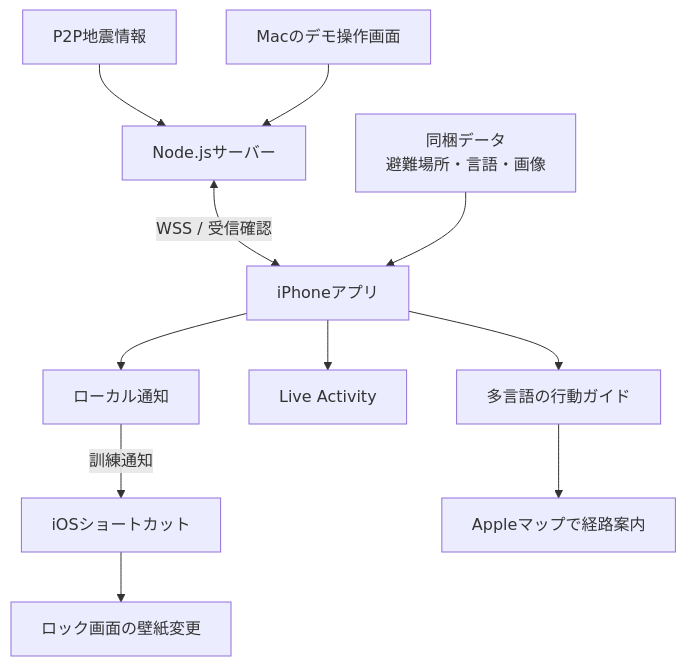
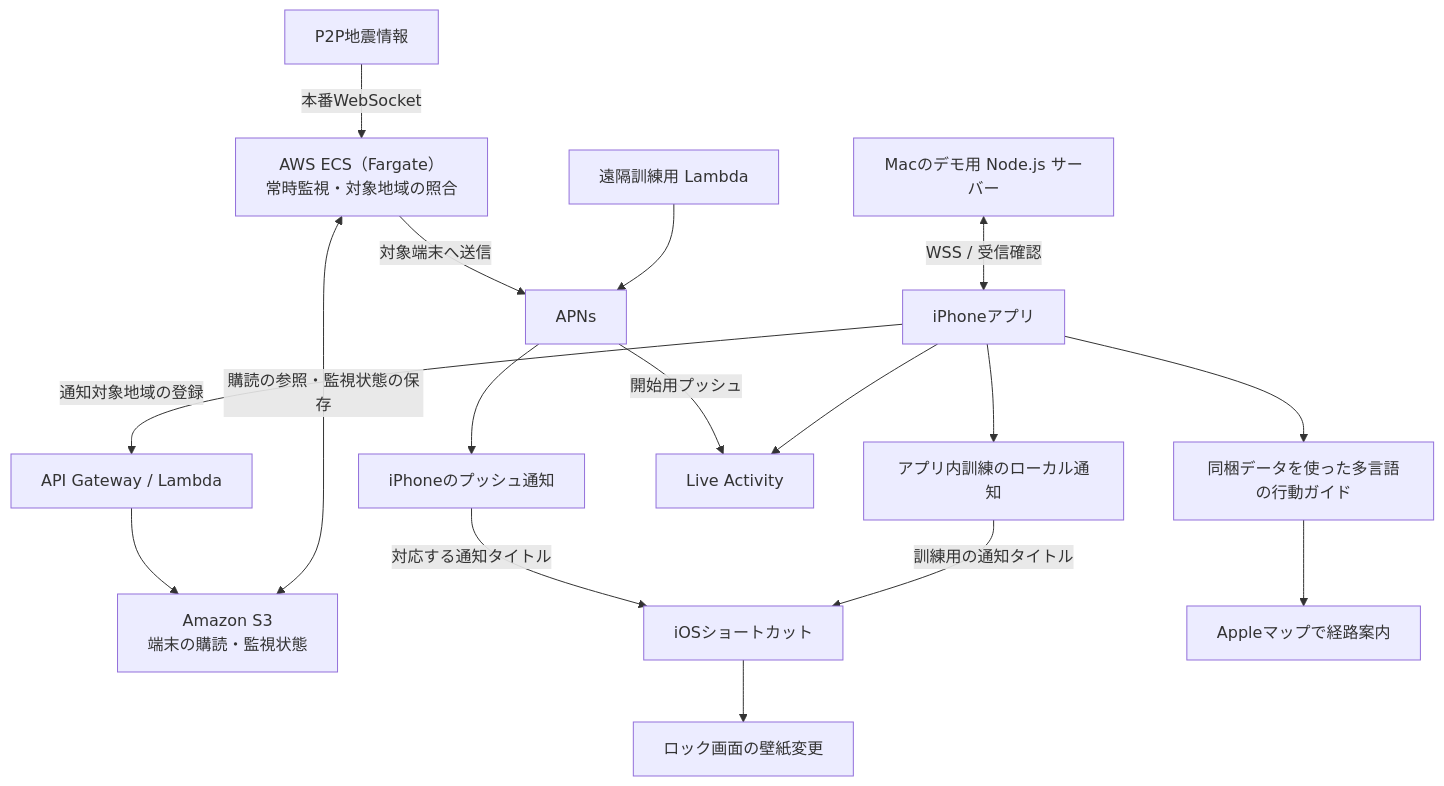
The diagram in README.md (jphacks/ng_2610), drawn with Mermaid before and after one commit. The commit also changed other lines of this file, not shown here.

Commit message:
Document AWS monitoring and APNs alert delivery

````diff
--- a/README.md
+++ b/README.md
@@ -375,15 +372,21 @@
 ```mermaid
 flowchart TD
-    API["P2P地震情報"] --> SERVER["Node.jsサーバー"]
-    PC["Macのデモ操作画面"] --> SERVER
-    SERVER <-->|WSS / 受信確認| APP["iPhoneアプリ"]
+    FEED["P2P地震情報"] -->|本番WebSocket| WORKER["AWS ECS（Fargate）<br/>常時監視・対象地域の照合"]
+    APP["iPhoneアプリ"] -->|通知対象地域の登録| REG["API Gateway / Lambda"]
+    REG --> STATE["Amazon S3<br/>端末の購読・監視状態"]
+    WORKER <-->|購読の参照・監視状態の保存| STATE
+    WORKER -->|対象端末へ送信| APNS["APNs"]
+    DRILL["遠隔訓練用 Lambda"] --> APNS
 
-    DATA["同梱データ<br/>避難場所・言語・画像"] --> APP
-    APP --> GUIDE["多言語の行動ガイド"]
-    APP --> LIVE["Live Activity"]
-    APP --> NOTIFY["ローカル通知"]
+    MAC["Macのデモ用 Node.js サーバー"] <-->|WSS / 受信確認| APP
+    APP --> LOCAL["アプリ内訓練のローカル通知"]
+    APNS --> PUSH["iPhoneのプッシュ通知"]
+    APNS -->|開始用プッシュ| LIVE["Live Activity"]
+    APP --> LIVE
 
-    NOTIFY -->|訓練通知| SHORTCUT["iOSショートカット"]
+    PUSH -->|対応する通知タイトル| SHORTCUT["iOSショートカット"]
+    LOCAL -->|訓練用の通知タイトル| SHORTCUT
     SHORTCUT --> WALLPAPER["ロック画面の壁紙変更"]
+    APP --> GUIDE["同梱データを使った多言語の行動ガイド"]
     GUIDE --> MAP["Appleマップで経路案内"]
 ```
````
